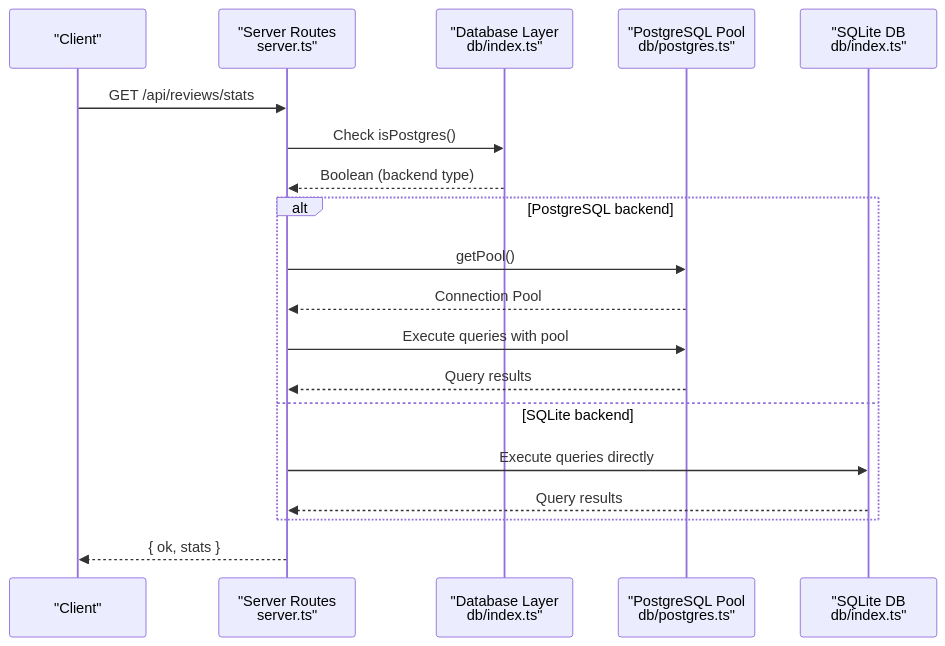
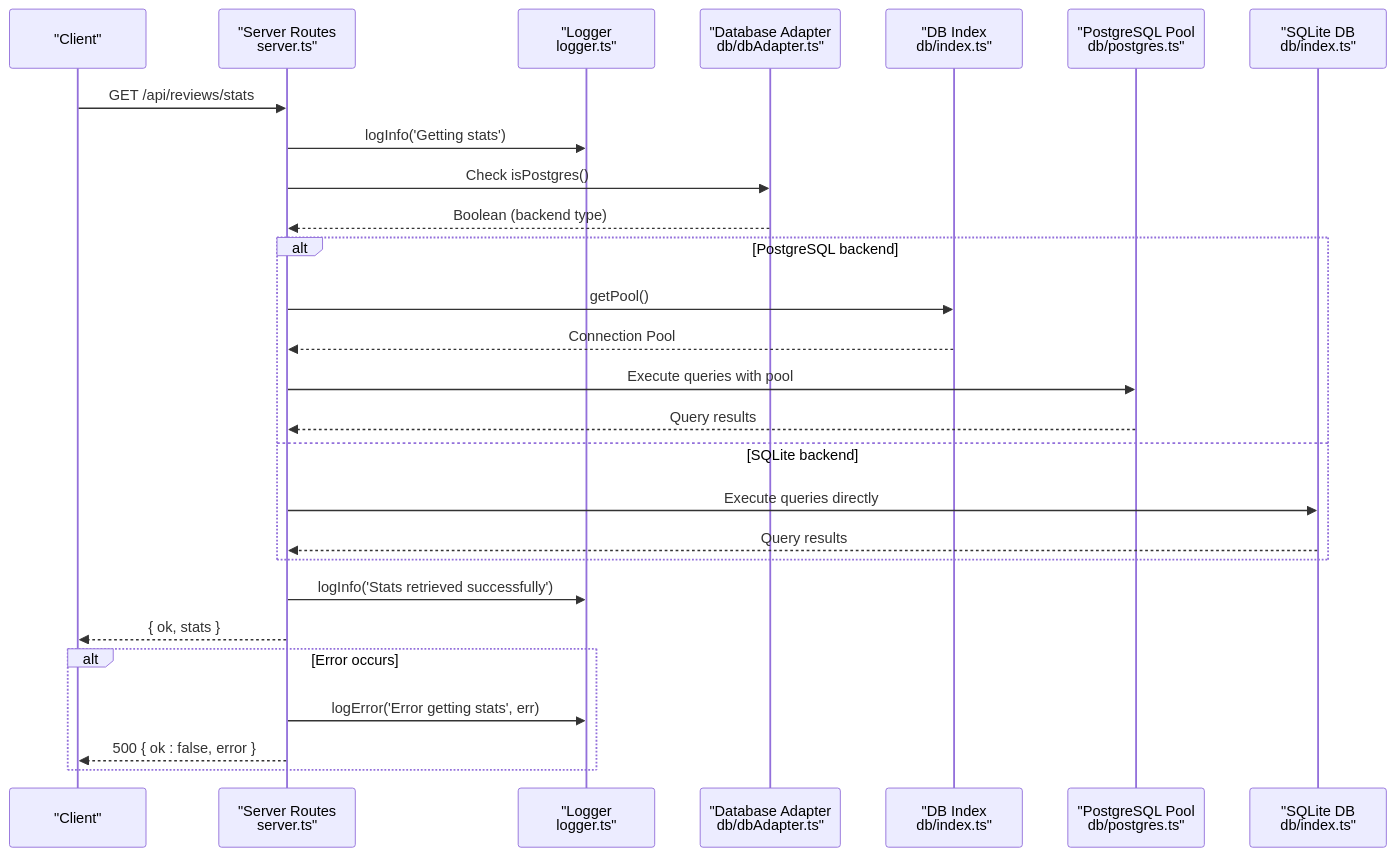
The second of 11 diagrams in .qoder/repowiki/en/content/API Reference/Phase 2 API Endpoints.md (aravinthraj-ramalingam/Groww-App-Review-Insights-Analyzer-), drawn with Mermaid before and after one commit. The commit also changed other lines of this file and 10 other files, not shown here.

````diff
--- a/.qoder/repowiki/en/content/API Reference/Phase 2 API Endpoints.md
+++ b/.qoder/repowiki/en/content/API Reference/Phase 2 API Endpoints.md
@@ -158,21 +172,29 @@
 ```mermaid
 sequenceDiagram
 participant C as "Client"
 participant S as "Server Routes<br/>server.ts"
-participant DB as "Database Layer<br/>db/index.ts"
+participant L as "Logger<br/>logger.ts"
+participant DB as "Database Adapter<br/>db/dbAdapter.ts"
+participant DBIdx as "DB Index<br/>db/index.ts"
 participant PG as "PostgreSQL Pool<br/>db/postgres.ts"
 participant SQ as "SQLite DB<br/>db/index.ts"
 C->>S : GET /api/reviews/stats
+S->>L : logInfo('Getting stats')
 S->>DB : Check isPostgres()
 DB-->>S : Boolean (backend type)
 alt PostgreSQL backend
-S->>PG : getPool()
-PG-->>S : Connection Pool
+S->>DBIdx : getPool()
+DBIdx-->>S : Connection Pool
 S->>PG : Execute queries with pool
 PG-->>S : Query results
 else SQLite backend
 S->>SQ : Execute queries directly
 SQ-->>S : Query results
 end
+S->>L : logInfo('Stats retrieved successfully')
 S-->>C : { ok, stats }
+alt Error occurs
+S->>L : logError('Error getting stats', err)
+S-->>C : 500 { ok : false, error }
+end
 ```
````
